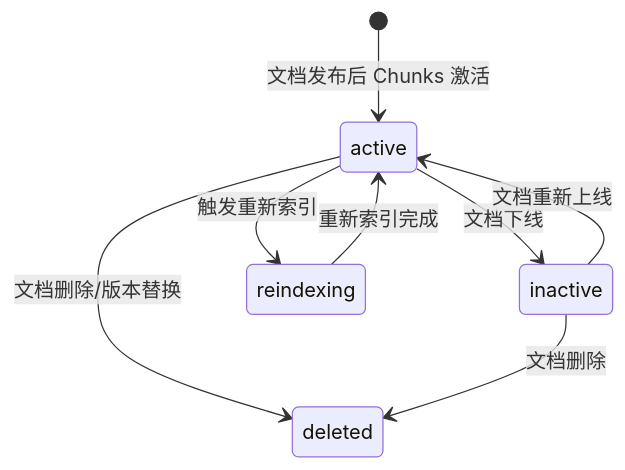
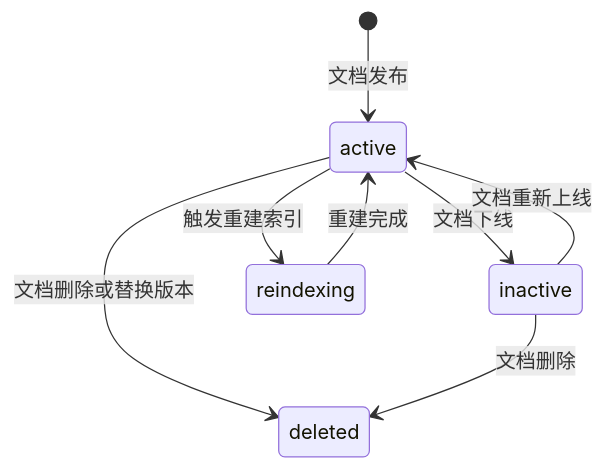
Before and after one commit to evanwusibin/auto-carcrm: the second of 3 diagrams in flows/01_数据导入流程/02_文档状态流转图.md, drawn with Mermaid. The commit also changed other lines of this file and 229 other files, not shown here.

````diff
--- a/flows/01_数据导入流程/02_文档状态流转图.md
+++ b/flows/01_数据导入流程/02_文档状态流转图.md
@@ -59,13 +54,10 @@
 ```mermaid
 stateDiagram-v2
-    [*] --> active : 文档发布后 Chunks 激活
-
+    [*] --> active : 文档发布
     active --> inactive : 文档下线
     inactive --> active : 文档重新上线
-
-    active --> reindexing : 触发重新索引
-    reindexing --> active : 重新索引完成
-
-    active --> deleted : 文档删除/版本替换
+    active --> reindexing : 触发重建索引
+    reindexing --> active : 重建完成
+    active --> deleted : 文档删除或替换版本
     inactive --> deleted : 文档删除
 ```
````
